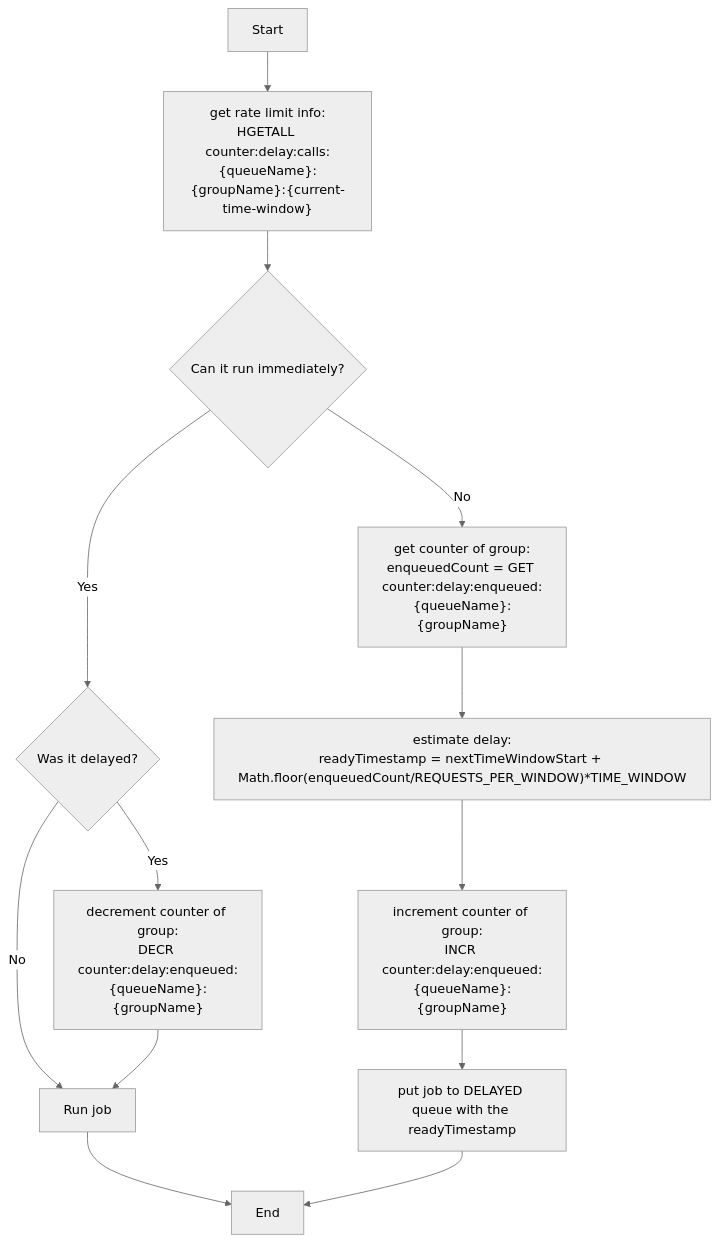
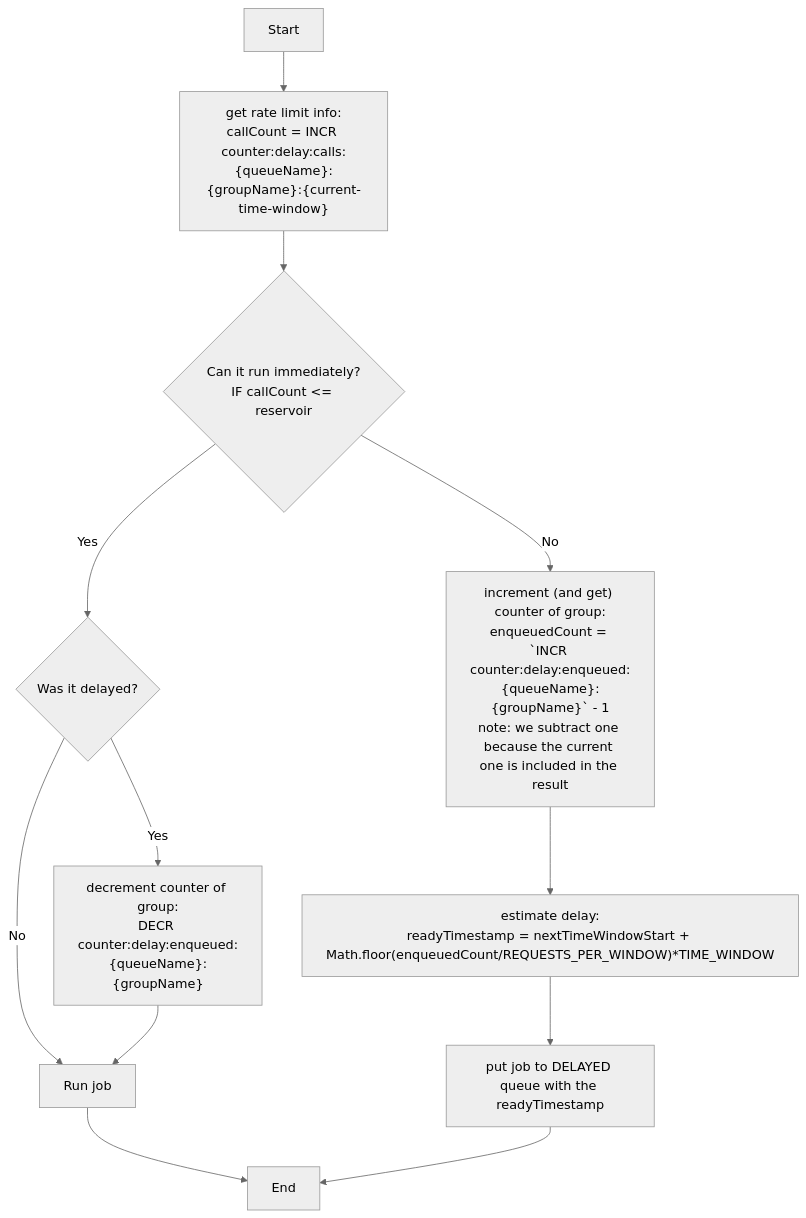
The diagram in docs/rate_limiting.md (guildxyz/guild-queues), drawn with Mermaid (neutral theme) before and after one commit.

````diff
--- a/docs/rate_limiting.md
+++ b/docs/rate_limiting.md
@@ -30,15 +30,14 @@
 ```mermaid
 flowchart TD
-    A[Start] --> B["get rate limit info:<br>HGETALL counter:delay:calls:{queueName}:{groupName}:{current-time-window}"]
-    B --> K{Can it run immediately?}
-    K -->|Yes| C{Was it delayed?}
+    A[Start] --> B["get rate limit info:<br>callCount = INCR counter:delay:calls:{queueName}:{groupName}:{current-time-window}"]
+    B --> K{"Can it run immediately?<br>IF callCount <= reservoir"}
+    K -->|Yes| C{"Was it delayed?"}
     C -->|Yes| H["decrement counter of group:<br>DECR counter:delay:enqueued:{queueName}:{groupName}"]
     C -->|No| I["Run job"]
     H --> I
-    K -->|No| D["get counter of group:<br>enqueuedCount = GET counter:delay:enqueued:{queueName}:{groupName}"]
+    K -->|No| D["increment (and get) counter of group:<br>enqueuedCount = `INCR counter:delay:enqueued:{queueName}:{groupName}` - 1<br>note: we subtract one because the current one is included in the result"]
     D --> E["estimate delay:<br>readyTimestamp = nextTimeWindowStart + <br>Math.floor(enqueuedCount/REQUESTS_PER_WINDOW)*TIME_WINDOW"]
-    E --> F["increment counter of group:<br>INCR counter:delay:enqueued:{queueName}:{groupName}"]
-    F --> G["put job to DELAYED queue with the readyTimestamp"]
+    E --> G["put job to DELAYED queue with the readyTimestamp"]
     I --> J["End"]
     G --> J
 ```
````
